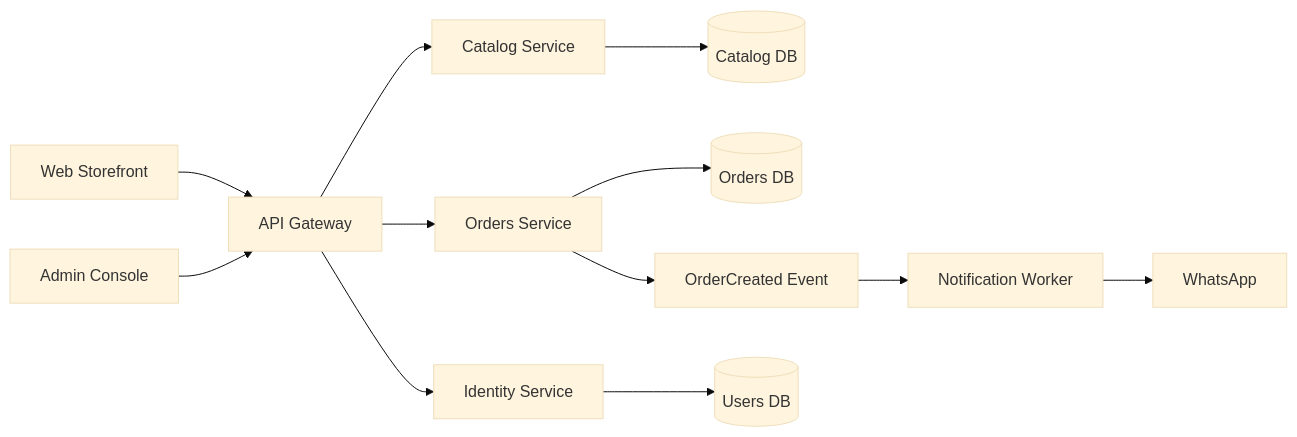
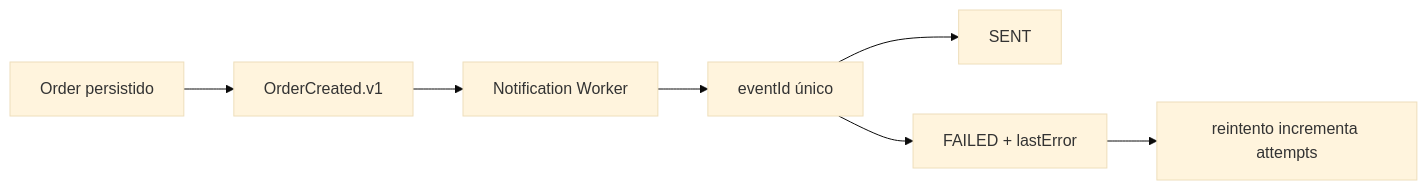
The eighth of 10 diagrams in docs/wiki/architecture-overview.md (HectorARiascosI/mileshop-platform), drawn with Mermaid (base theme) before and after one commit. The commit also changed other lines of this file, not shown here.

Commit message:
docs(arch): update architecture overview with identity service

````diff
--- a/docs/wiki/architecture-overview.md
+++ b/docs/wiki/architecture-overview.md
@@ -241,14 +259,9 @@
 ```mermaid
 flowchart LR
-    WEB[Web Storefront] --> GAT[API Gateway]
-    ADM[Admin Console] --> GAT
-    GAT --> CAT[Catalog Service]
-    GAT --> ORD[Orders Service]
-    GAT --> AUTH[Identity Service]
-    CAT --> DB1[(Catalog DB)]
-    ORD --> DB2[(Orders DB)]
-    AUTH --> DB3[(Users DB)]
-    ORD --> EVT[OrderCreated Event]
-    EVT --> NOT[Notification Worker]
-    NOT --> WA[WhatsApp]
+    Persisted[Order persistido] --> Event[OrderCreated.v1]
+    Event --> Worker[Notification Worker]
+    Worker --> Claim[eventId único]
+    Claim --> Sent[SENT]
+    Claim --> Failed[FAILED + lastError]
+    Failed --> Retry[reintento incrementa attempts]
 ```
````
